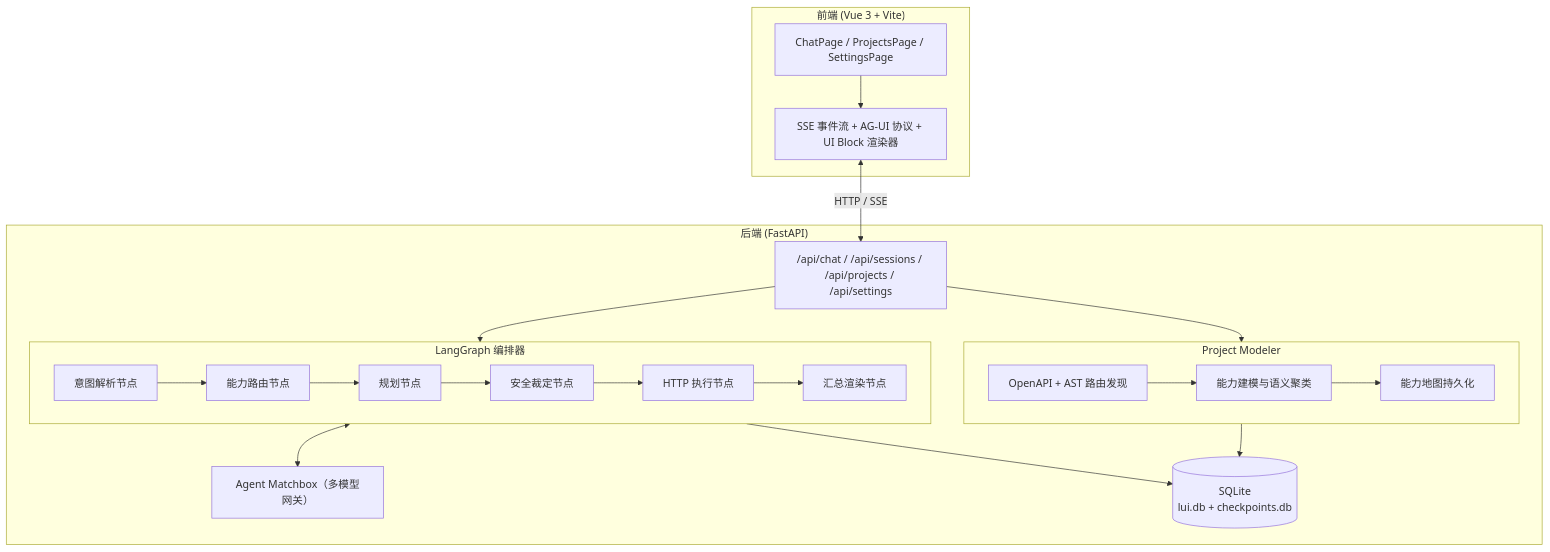
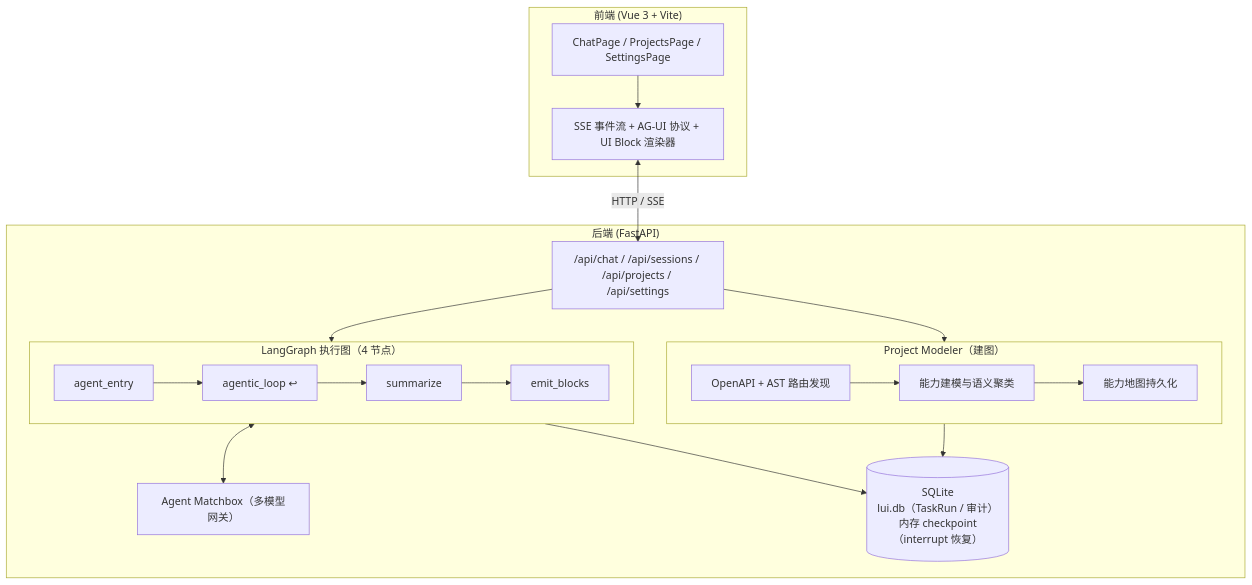
Before and after one commit to 1deaaa/lui-for-all: the fifth of 5 diagrams in README.md, drawn with Mermaid. The commit also changed other lines of this file and 36 other files, not shown here.

Commit message:
🛠️修复：会话与任务详情未校验项目归属边界的漏洞，强化租户隔离 🛠️修复：文本块与审计/设置页高亮JSON输出的XSS安全漏洞，引入DOMPurify防注入净化 🛠️修复：终端用户获取路由表与能力列表时的Fail-Closed失效问题 ⏫优化：JWT签发密钥缺省时支持首次启动自动生成并持久化写入环境变量文件 ⏫优化：后端安全策略执行矩阵与服务端能力表回查机制，防止LLM自报安全等级越权 ⏫优化：前端过滤表单提交交互并完善多语言文案，避免表单回填死链 ⏫优化：重构编排层兼容逻辑，收口旧六节点并对齐Agentic Loop四节点 🌟新增：引入声明式A2UI组件渲染支持与多语言文档架构图规范化

````diff
--- a/README.md
+++ b/README.md
@@ -446,25 +448,27 @@
 ```mermaid
 flowchart TB
     subgraph FE["前端 (Vue 3 + Vite)"]
         Pages["ChatPage / ProjectsPage / SettingsPage"]
         Render["SSE 事件流 + AG-UI 协议 + UI Block 渲染器"]
         Pages --> Render
     end
     subgraph BE["后端 (FastAPI)"]
         API["/api/chat / /api/sessions / /api/projects / /api/settings"]
-        subgraph ORCH["LangGraph 编排器"]
-            Intent["意图解析节点"] --> Route["能力路由节点"] --> Plan["规划节点"] --> Guard["安全裁定节点"] --> Exec["HTTP 执行节点"] --> Summary["汇总渲染节点"]
+        subgraph ORCH["LangGraph 执行图（4 节点）"]
+            AE["agent_entry"] --> AL["agentic_loop ↩"]
+            AL --> SUM["summarize"]
+            SUM --> EB["emit_blocks"]
         end
-        subgraph PM["Project Modeler"]
+        subgraph PM["Project Modeler（建图）"]
             Disc["OpenAPI + AST 路由发现"] --> Model["能力建模与语义聚类"] --> Persist["能力地图持久化"]
         end
         Matchbox["Agent Matchbox（多模型网关）"]
-        DB[("SQLite<br/>lui.db + checkpoints.db")]
+        DB[("SQLite<br/>lui.db（TaskRun / 审计）<br/>内存 checkpoint（interrupt 恢复）")]
         API --> ORCH
         API --> PM
         ORCH <--> Matchbox
         ORCH --> DB
         PM --> DB
     end
     Render <-->|HTTP / SSE| API
 ```
````
